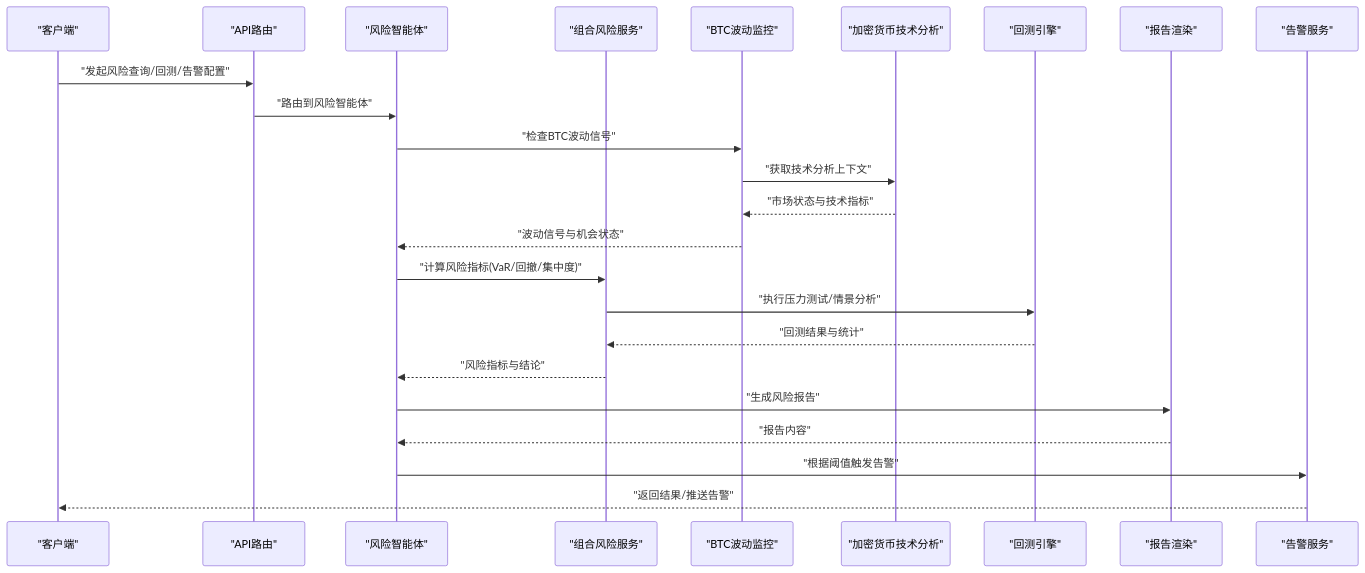
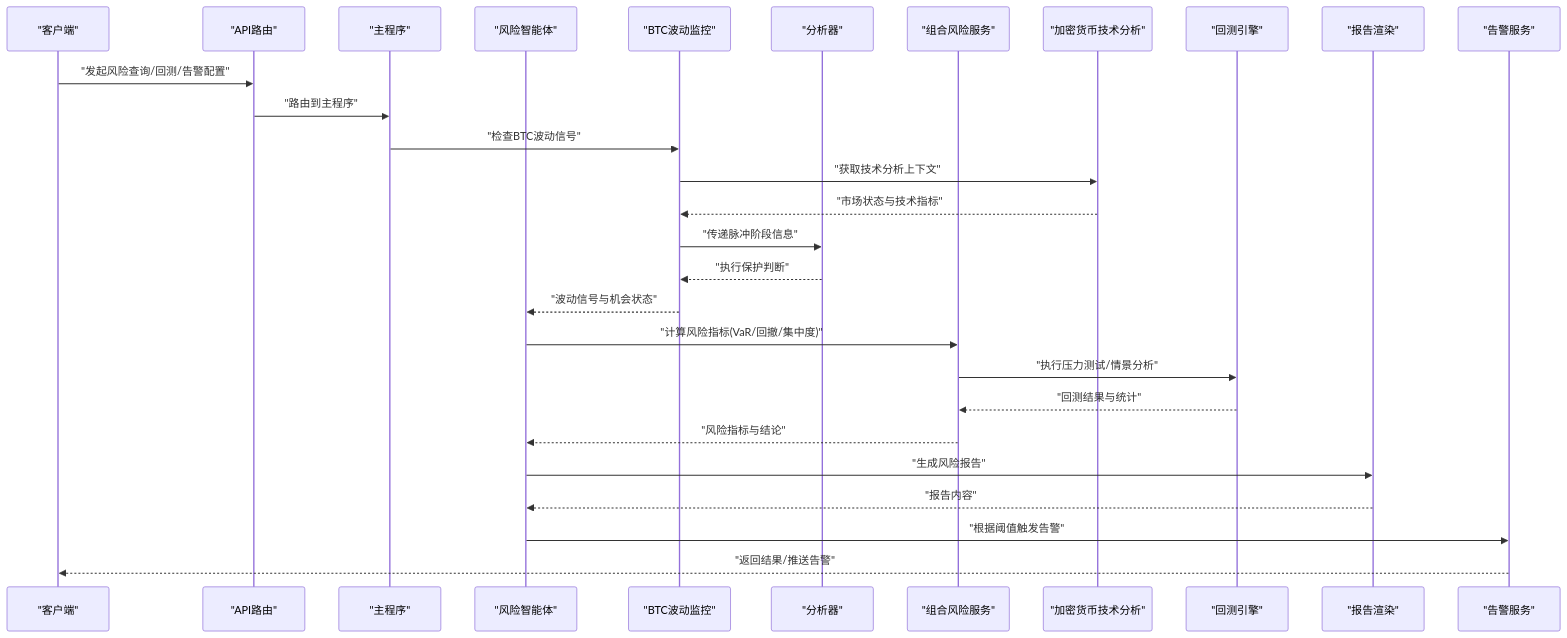
Before and after one commit to anYaoooo/daily_stock_analysis: the second of 9 diagrams in .qoder/repowiki/zh/content/AI智能体系统/专业智能体/风险管理智能体.md, drawn with Mermaid. The commit also changed other lines of this file and 29 other files, not shown here.

````diff
--- a/.qoder/repowiki/zh/content/AI智能体系统/专业智能体/风险管理智能体.md
+++ b/.qoder/repowiki/zh/content/AI智能体系统/专业智能体/风险管理智能体.md
@@ -173,26 +184,30 @@
 ```mermaid
 sequenceDiagram
 participant Client as "客户端"
 participant API as "API路由"
+participant Main as "主程序"
 participant Agent as "风险智能体"
+participant VolMon as "BTC波动监控"
+participant Analyzer as "分析器"
 participant Svc as "组合风险服务"
-participant VolMon as "BTC波动监控"
 participant CryptoTech as "加密货币技术分析"
 participant BT as "回测引擎"
 participant Rpt as "报告渲染"
 participant Alert as "告警服务"
 Client->>API : "发起风险查询/回测/告警配置"
-API->>Agent : "路由到风险智能体"
-Agent->>VolMon : "检查BTC波动信号"
+API->>Main : "路由到主程序"
+Main->>VolMon : "检查BTC波动信号"
 VolMon->>CryptoTech : "获取技术分析上下文"
 CryptoTech-->>VolMon : "市场状态与技术指标"
+VolMon->>Analyzer : "传递脉冲阶段信息"
+Analyzer-->>VolMon : "执行保护判断"
 VolMon-->>Agent : "波动信号与机会状态"
 Agent->>Svc : "计算风险指标(VaR/回撤/集中度)"
 Svc->>BT : "执行压力测试/情景分析"
 BT-->>Svc : "回测结果与统计"
 Svc-->>Agent : "风险指标与结论"
 Agent->>Rpt : "生成风险报告"
 Rpt-->>Agent : "报告内容"
 Agent->>Alert : "根据阈值触发告警"
 Alert-->>Client : "返回结果/推送告警"
 ```
````
